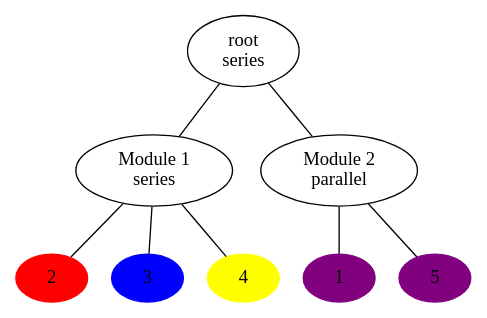
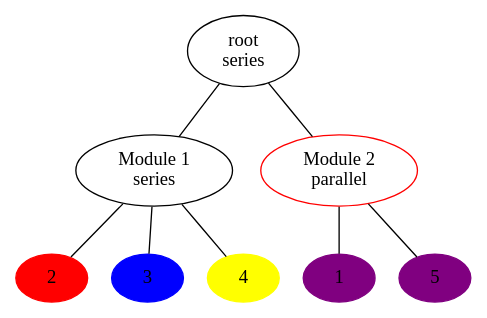
The diagram in Presentation/BaseColoring2.dot (MrBoboGet/BachelorThesis), drawn with Graphviz before and after one commit. The commit also changed 15 other files, not shown here.

```diff
--- a/Presentation/BaseColoring2.dot
+++ b/Presentation/BaseColoring2.dot
@@ -1,22 +1,23 @@
 graph G
 {
     {
         node [style="filled"]
             1 2 3 4 5    
     }   
 
     root -- {M1 M2}
+    M2 [color="red"]
     M2 -- {1 5}
     M1 -- {2 3 4}
 
     root [label="root\nseries"]
     M1 [label="Module 1\nseries"]
     M2 [label="Module 2\nparallel"]
 
 
     1 [color = "purple"]
     2 [color = "red"]
     3 [color = "blue"]
     4 [color = "yellow"]
     5 [color = "purple"]
 }
```
